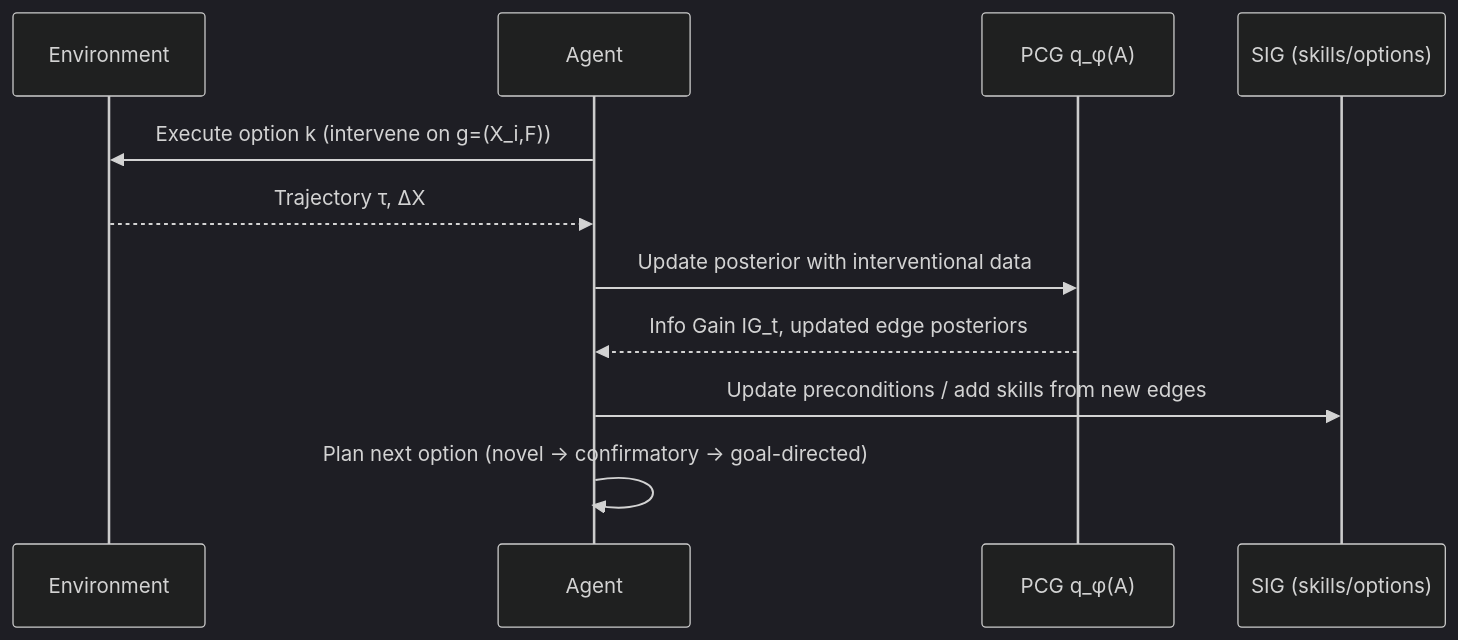
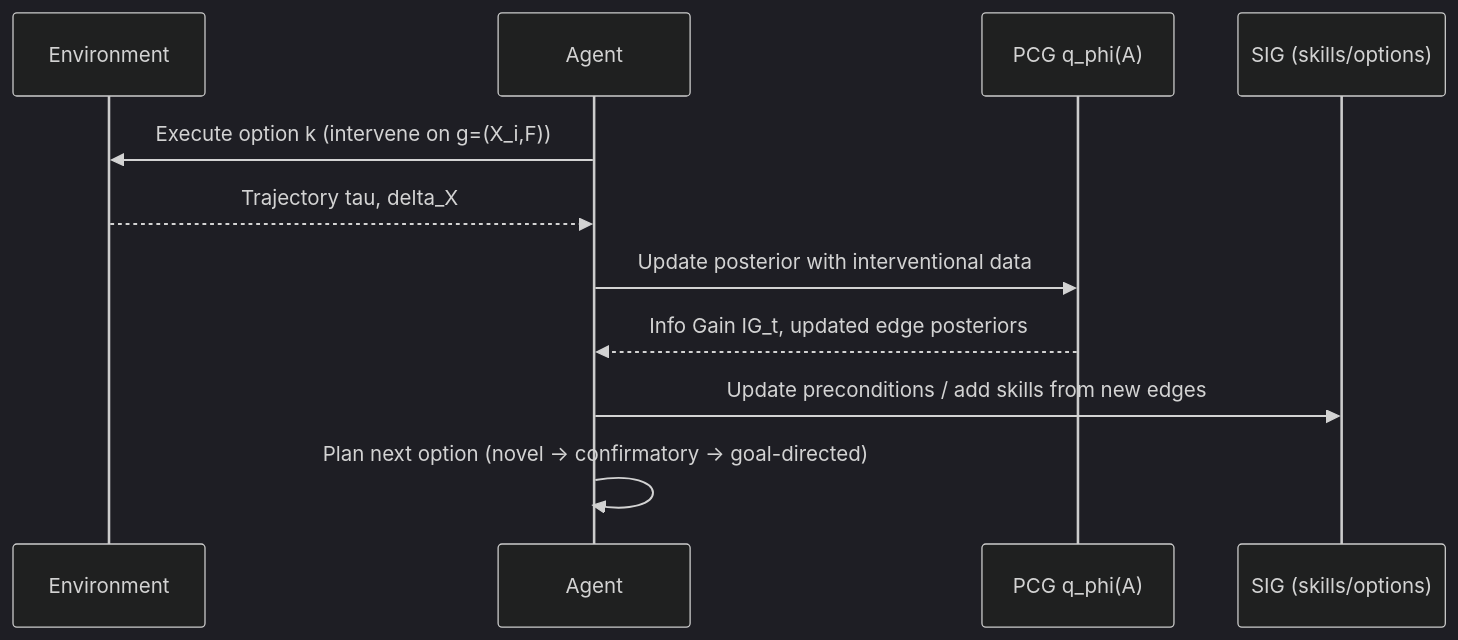
The diagram in README.md (lakshya-asu/Discover-Intervene-Adapt-Interleaved-Causal-RL), drawn with Mermaid (dark theme) before and after one commit. The commit also changed other lines of this file, not shown here.

````diff
--- a/README.md
+++ b/README.md
@@ -76,14 +73,14 @@
 ```mermaid
 sequenceDiagram
     participant Env as Environment
     participant Agent as Agent
-    participant PCG as PCG q_φ(A)
+    participant PCG as PCG q_phi(A)
     participant SIG as SIG (skills/options)
 
     Agent->>Env: Execute option k (intervene on g=(X_i,F))
-    Env-->>Agent: Trajectory τ, ΔX
+    Env-->>Agent: Trajectory tau, delta_X
     Agent->>PCG: Update posterior with interventional data
     PCG-->>Agent: Info Gain IG_t, updated edge posteriors
     Agent->>SIG: Update preconditions / add skills from new edges
-    Agent->>Agent: Plan next option (novel → confirmatory → goal-directed)
+    Agent->>Agent: Plan next option (novel -> confirmatory -> goal-directed)
 ```
````
